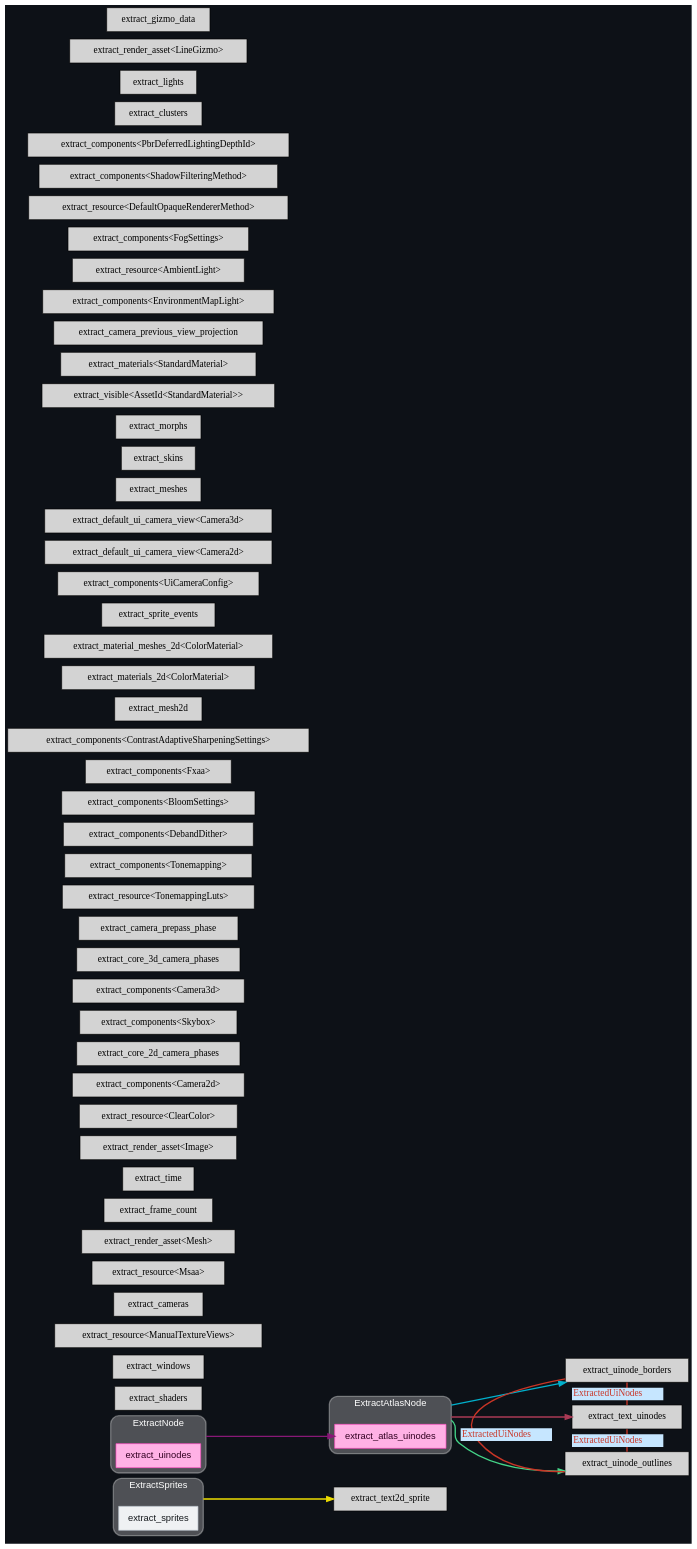
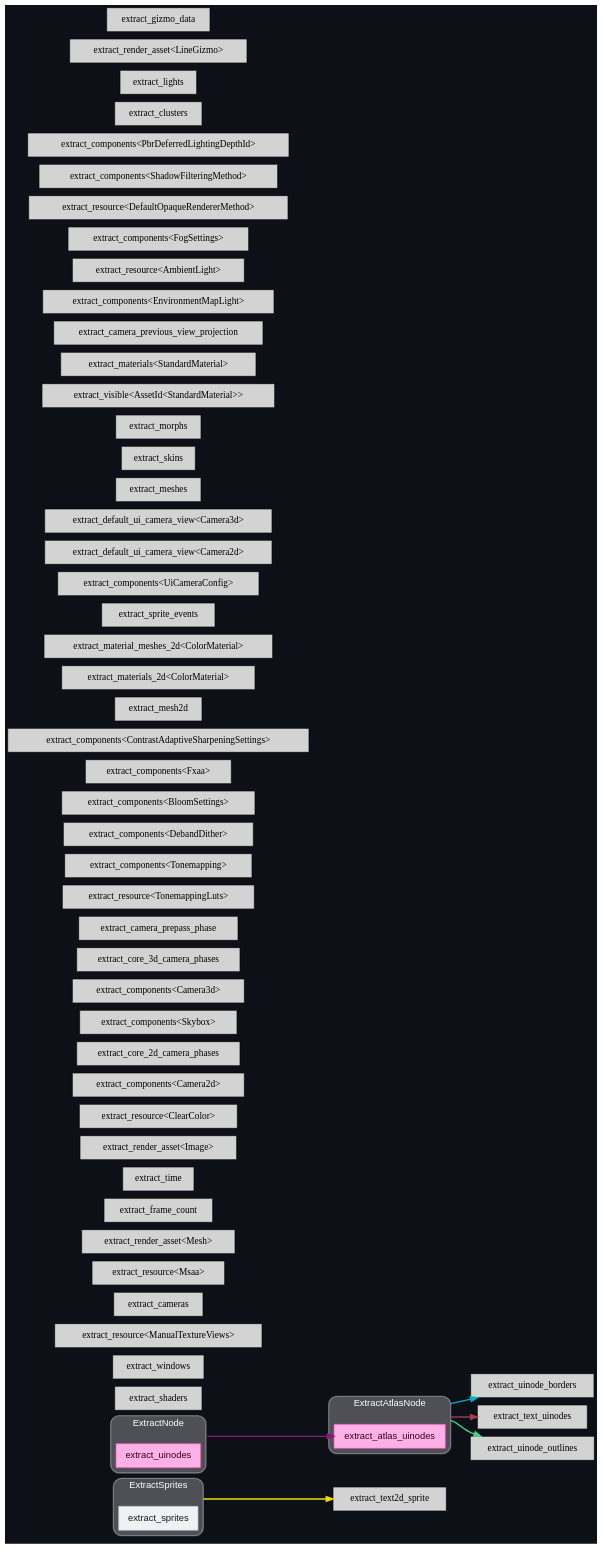
One commit to jakobhellermann/bevy_mod_debugdump changed the diagram in docs/schedule/dark/render_schedule_ExtractSchedule.dot. Above: the diagram before and after it, drawn with Graphviz. The commit also changed 11 other files, not shown here.

```diff
--- a/docs/schedule/dark/render_schedule_ExtractSchedule.dot
+++ b/docs/schedule/dark/render_schedule_ExtractSchedule.dot
@@ -1,103 +1,100 @@
 digraph "" {
 	"compound"="true";
 	"splines"="spline";
 	"rankdir"="LR";
 	"bgcolor"="#0d1117";
 	"fontname"="Helvetica";
 	"nodesep"="0.15";
 	edge ["penwidth"="2"];
 	node ["shape"="box", "style"="filled"];
 	subgraph "clusternode_Set(26)" {
 		"style"="rounded,filled";
 		"label"="ExtractSprites";
 		"tooltip"="ExtractSprites";
 		"fillcolor"="#ffffff44";
 		"fontcolor"="#ffffff";
 		"color"="#ffffff50";
 		"penwidth"="2";
 		"set_marker_node_Set(26)" ["style"="invis", "label"="", "height"="0", "shape"="point"]
 		"node_System(25)" ["label"="extract_sprites", "tooltip"="bevy_sprite::render::extract_sprites", "fillcolor"="#eff1f3", "fontname"="Helvetica", "fontcolor"="#15191d", "color"="#b4bec7", "penwidth"="1"]
 	}
 	
 	subgraph "clusternode_Set(33)" {
 		"style"="rounded,filled";
 		"label"="ExtractNode";
 		"tooltip"="ExtractNode";
 		"fillcolor"="#ffffff44";
 		"fontcolor"="#ffffff";
 		"color"="#ffffff50";
 		"penwidth"="2";
 		"set_marker_node_Set(33)" ["style"="invis", "label"="", "height"="0", "shape"="point"]
 		"node_System(31)" ["label"="extract_uinodes", "tooltip"="bevy_ui::render::extract_uinodes", "fillcolor"="#ffb1e5", "fontname"="Helvetica", "fontcolor"="#320021", "color"="#ff4bc2", "penwidth"="1"]
 	}
 	
 	subgraph "clusternode_Set(35)" {
 		"style"="rounded,filled";
 		"label"="ExtractAtlasNode";
 		"tooltip"="ExtractAtlasNode";
 		"fillcolor"="#ffffff44";
 		"fontcolor"="#ffffff";
 		"color"="#ffffff50";
 		"penwidth"="2";
 		"set_marker_node_Set(35)" ["style"="invis", "label"="", "height"="0", "shape"="point"]
 		"node_System(32)" ["label"="extract_atlas_uinodes", "tooltip"="bevy_ui::render::extract_atlas_uinodes", "fillcolor"="#ffb1e5", "fontname"="Helvetica", "fontcolor"="#320021", "color"="#ff4bc2", "penwidth"="1"]
 	}
 	
 	"node_System(0)" ["label"="extract_shaders", "tooltip"="bevy_render::render_resource::pipeline_cache::PipelineCache::extract_shaders"]
 	"node_System(1)" ["label"="extract_windows", "tooltip"="bevy_render::view::window::extract_windows"]
 	"node_System(2)" ["label"="extract_resource<ManualTextureViews>", "tooltip"="bevy_render::extract_resource::extract_resource<bevy_render::camera::manual_texture_view::ManualTextureViews>"]
 	"node_System(3)" ["label"="extract_cameras", "tooltip"="bevy_render::camera::camera::extract_cameras"]
 	"node_System(4)" ["label"="extract_resource<Msaa>", "tooltip"="bevy_render::extract_resource::extract_resource<bevy_render::view::Msaa>"]
 	"node_System(5)" ["label"="extract_render_asset<Mesh>", "tooltip"="bevy_render::render_asset::extract_render_asset<bevy_render::mesh::mesh::Mesh>"]
 	"node_System(6)" ["label"="extract_frame_count", "tooltip"="bevy_render::globals::extract_frame_count"]
 	"node_System(7)" ["label"="extract_time", "tooltip"="bevy_render::globals::extract_time"]
 	"node_System(8)" ["label"="extract_render_asset<Image>", "tooltip"="bevy_render::render_asset::extract_render_asset<bevy_render::texture::image::Image>"]
 	"node_System(9)" ["label"="extract_resource<ClearColor>", "tooltip"="bevy_render::extract_resource::extract_resource<bevy_core_pipeline::clear_color::ClearColor>"]
 	"node_System(10)" ["label"="extract_components<Camera2d>", "tooltip"="bevy_render::extract_component::extract_components<bevy_core_pipeline::core_2d::camera_2d::Camera2d>"]
 	"node_System(11)" ["label"="extract_core_2d_camera_phases", "tooltip"="bevy_core_pipeline::core_2d::extract_core_2d_camera_phases"]
 	"node_System(12)" ["label"="extract_components<Skybox>", "tooltip"="bevy_render::extract_component::extract_components<bevy_core_pipeline::skybox::Skybox>"]
 	"node_System(13)" ["label"="extract_components<Camera3d>", "tooltip"="bevy_render::extract_component::extract_components<bevy_core_pipeline::core_3d::camera_3d::Camera3d>"]
 	"node_System(14)" ["label"="extract_core_3d_camera_phases", "tooltip"="bevy_core_pipeline::core_3d::extract_core_3d_camera_phases"]
 	"node_System(15)" ["label"="extract_camera_prepass_phase", "tooltip"="bevy_core_pipeline::core_3d::extract_camera_prepass_phase"]
 	"node_System(16)" ["label"="extract_resource<TonemappingLuts>", "tooltip"="bevy_render::extract_resource::extract_resource<bevy_core_pipeline::tonemapping::TonemappingLuts>"]
 	"node_System(17)" ["label"="extract_components<Tonemapping>", "tooltip"="bevy_render::extract_component::extract_components<bevy_core_pipeline::tonemapping::Tonemapping>"]
 	"node_System(18)" ["label"="extract_components<DebandDither>", "tooltip"="bevy_render::extract_component::extract_components<bevy_core_pipeline::tonemapping::DebandDither>"]
 	"node_System(19)" ["label"="extract_components<BloomSettings>", "tooltip"="bevy_render::extract_component::extract_components<bevy_core_pipeline::bloom::settings::BloomSettings>"]
 	"node_System(20)" ["label"="extract_components<Fxaa>", "tooltip"="bevy_render::extract_component::extract_components<bevy_core_pipeline::fxaa::Fxaa>"]
 	"node_System(21)" ["label"="extract_components<ContrastAdaptiveSharpeningSettings>", "tooltip"="bevy_render::extract_component::extract_components<bevy_core_pipeline::contrast_adaptive_sharpening::ContrastAdaptiveSharpeningSettings>"]
 	"node_System(22)" ["label"="extract_mesh2d", "tooltip"="bevy_sprite::mesh2d::mesh::extract_mesh2d"]
 	"node_System(23)" ["label"="extract_materials_2d<ColorMaterial>", "tooltip"="bevy_sprite::mesh2d::material::extract_materials_2d<bevy_sprite::mesh2d::color_material::ColorMaterial>"]
 	"node_System(24)" ["label"="extract_material_meshes_2d<ColorMaterial>", "tooltip"="bevy_sprite::mesh2d::material::extract_material_meshes_2d<bevy_sprite::mesh2d::color_material::ColorMaterial>"]
 	"node_System(26)" ["label"="extract_sprite_events", "tooltip"="bevy_sprite::render::extract_sprite_events"]
 	"node_System(27)" ["label"="extract_text2d_sprite", "tooltip"="bevy_text::text2d::extract_text2d_sprite"]
 	"node_System(28)" ["label"="extract_components<UiCameraConfig>", "tooltip"="bevy_render::extract_component::extract_components<bevy_ui::camera_config::UiCameraConfig>"]
 	"node_System(29)" ["label"="extract_default_ui_camera_view<Camera2d>", "tooltip"="bevy_ui::render::extract_default_ui_camera_view<bevy_core_pipeline::core_2d::camera_2d::Camera2d>"]
 	"node_System(30)" ["label"="extract_default_ui_camera_view<Camera3d>", "tooltip"="bevy_ui::render::extract_default_ui_camera_view<bevy_core_pipeline::core_3d::camera_3d::Camera3d>"]
 	"node_System(33)" ["label"="extract_uinode_borders", "tooltip"="bevy_ui::render::extract_uinode_borders"]
 	"node_System(34)" ["label"="extract_text_uinodes", "tooltip"="bevy_ui::render::extract_text_uinodes"]
 	"node_System(35)" ["label"="extract_uinode_outlines", "tooltip"="bevy_ui::render::extract_uinode_outlines"]
 	"node_System(36)" ["label"="extract_meshes", "tooltip"="bevy_pbr::render::mesh::extract_meshes"]
 	"node_System(37)" ["label"="extract_skins", "tooltip"="bevy_pbr::render::skin::extract_skins"]
 	"node_System(38)" ["label"="extract_morphs", "tooltip"="bevy_pbr::render::morph::extract_morphs"]
 	"node_System(39)" ["label"="extract_visible<AssetId<StandardMaterial>>", "tooltip"="bevy_render::extract_instances::extract_visible<bevy_asset::id::AssetId<bevy_pbr::pbr_material::StandardMaterial>>"]
 	"node_System(40)" ["label"="extract_materials<StandardMaterial>", "tooltip"="bevy_pbr::material::extract_materials<bevy_pbr::pbr_material::StandardMaterial>"]
 	"node_System(41)" ["label"="extract_camera_previous_view_projection", "tooltip"="bevy_pbr::prepass::extract_camera_previous_view_projection"]
 	"node_System(42)" ["label"="extract_components<EnvironmentMapLight>", "tooltip"="bevy_render::extract_component::extract_components<bevy_pbr::environment_map::EnvironmentMapLight>"]
 	"node_System(43)" ["label"="extract_resource<AmbientLight>", "tooltip"="bevy_render::extract_resource::extract_resource<bevy_pbr::light::AmbientLight>"]
 	"node_System(44)" ["label"="extract_components<FogSettings>", "tooltip"="bevy_render::extract_component::extract_components<bevy_pbr::fog::FogSettings>"]
 	"node_System(45)" ["label"="extract_resource<DefaultOpaqueRendererMethod>", "tooltip"="bevy_render::extract_resource::extract_resource<bevy_pbr::material::DefaultOpaqueRendererMethod>"]
 	"node_System(46)" ["label"="extract_components<ShadowFilteringMethod>", "tooltip"="bevy_render::extract_component::extract_components<bevy_pbr::light::ShadowFilteringMethod>"]
 	"node_System(47)" ["label"="extract_components<PbrDeferredLightingDepthId>", "tooltip"="bevy_render::extract_component::extract_components<bevy_pbr::deferred::PbrDeferredLightingDepthId>"]
 	"node_System(48)" ["label"="extract_clusters", "tooltip"="bevy_pbr::render::light::extract_clusters"]
 	"node_System(49)" ["label"="extract_lights", "tooltip"="bevy_pbr::render::light::extract_lights"]
 	"node_System(50)" ["label"="extract_render_asset<LineGizmo>", "tooltip"="bevy_render::render_asset::extract_render_asset<bevy_gizmos::LineGizmo>"]
 	"node_System(51)" ["label"="extract_gizmo_data", "tooltip"="bevy_gizmos::extract_gizmo_data"]
 	"set_marker_node_Set(26)" -> "node_System(27)" ["lhead"="", "ltail"="clusternode_Set(26)", "tooltip"="ExtractSprites → extract_text2d_sprite", "color"="#eede00"]
 	"set_marker_node_Set(33)" -> "node_System(32)" ["lhead"="", "ltail"="clusternode_Set(33)", "tooltip"="ExtractNode → extract_atlas_uinodes", "color"="#881877"]
 	"set_marker_node_Set(35)" -> "node_System(33)" ["lhead"="", "ltail"="clusternode_Set(35)", "tooltip"="ExtractAtlasNode → extract_uinode_borders", "color"="#00b0cc"]
 	"set_marker_node_Set(35)" -> "node_System(34)" ["lhead"="", "ltail"="clusternode_Set(35)", "tooltip"="ExtractAtlasNode → extract_text_uinodes", "color"="#aa3a55"]
 	"set_marker_node_Set(35)" -> "node_System(35)" ["lhead"="", "ltail"="clusternode_Set(35)", "tooltip"="ExtractAtlasNode → extract_uinode_outlines", "color"="#44d488"]
-	"node_System(33)" -> "node_System(35)" ["dir"="none", "constraint"="false", "color"="#c93526", "fontcolor"="#c93526", "label"=<<table border="0" cellborder="0"><tr><td bgcolor="#c6e6ff">ExtractedUiNodes</td></tr></table>>, "labeltooltip"="extract_uinode_borders — extract_uinode_outlines"]
-	"node_System(34)" -> "node_System(33)" ["dir"="none", "constraint"="false", "color"="#c93526", "fontcolor"="#c93526", "label"=<<table border="0" cellborder="0"><tr><td bgcolor="#c6e6ff">ExtractedUiNodes</td></tr></table>>, "labeltooltip"="extract_text_uinodes — extract_uinode_borders"]
-	"node_System(34)" -> "node_System(35)" ["dir"="none", "constraint"="false", "color"="#c93526", "fontcolor"="#c93526", "label"=<<table border="0" cellborder="0"><tr><td bgcolor="#c6e6ff">ExtractedUiNodes</td></tr></table>>, "labeltooltip"="extract_text_uinodes — extract_uinode_outlines"]
 }
```
